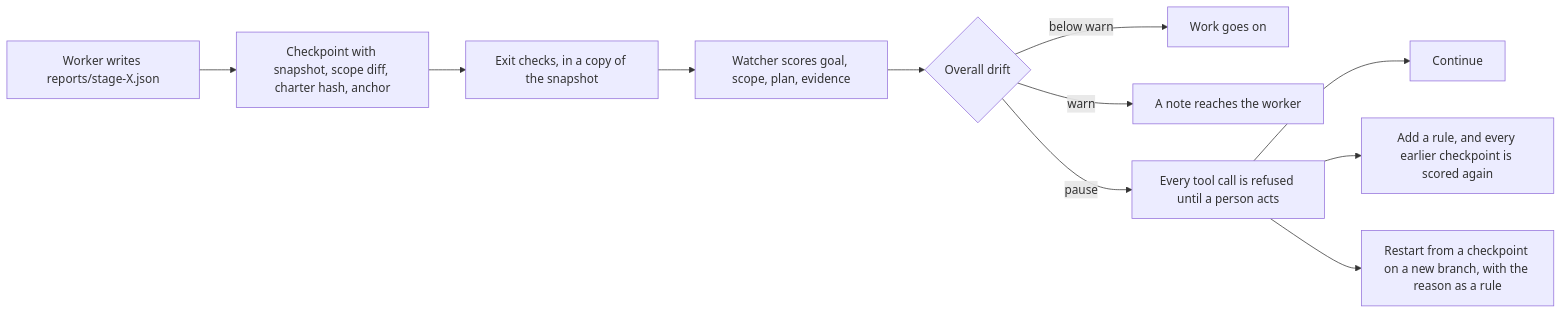
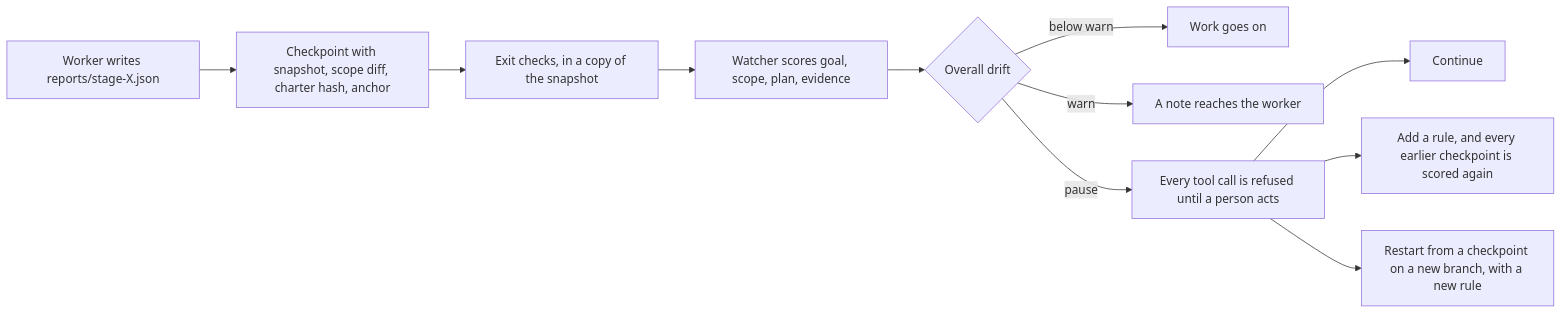
Before and after one commit to tkorcode/candor: the second of 2 diagrams in README.md, drawn with Mermaid. The commit also changed other lines of this file and 2 other files, not shown here.

````diff
--- a/README.md
+++ b/README.md
@@ -156,13 +164,13 @@
 ```mermaid
 flowchart LR
   A["Worker writes reports/stage-X.json"] --> B["Checkpoint with snapshot, scope diff, charter hash, anchor"]
   B --> C["Exit checks, in a copy of the snapshot"]
   C --> E["Watcher scores goal, scope, plan, evidence"]
   E --> F{"Overall drift"}
   F -- "below warn" --> G["Work goes on"]
   F -- "warn" --> N["A note reaches the worker"]
   F -- "pause" --> X["Every tool call is refused until a person acts"]
   X --> Y["Continue"]
   X --> Z["Add a rule, and every earlier checkpoint is scored again"]
-  X --> Q["Restart from a checkpoint on a new branch, with the reason as a rule"]
+  X --> Q["Restart from a checkpoint on a new branch, with a new rule"]
 ```
````
